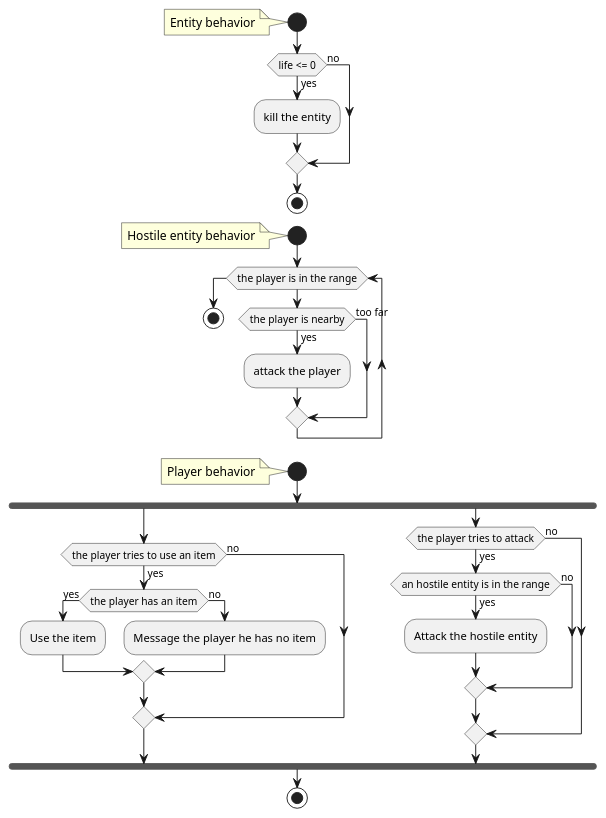
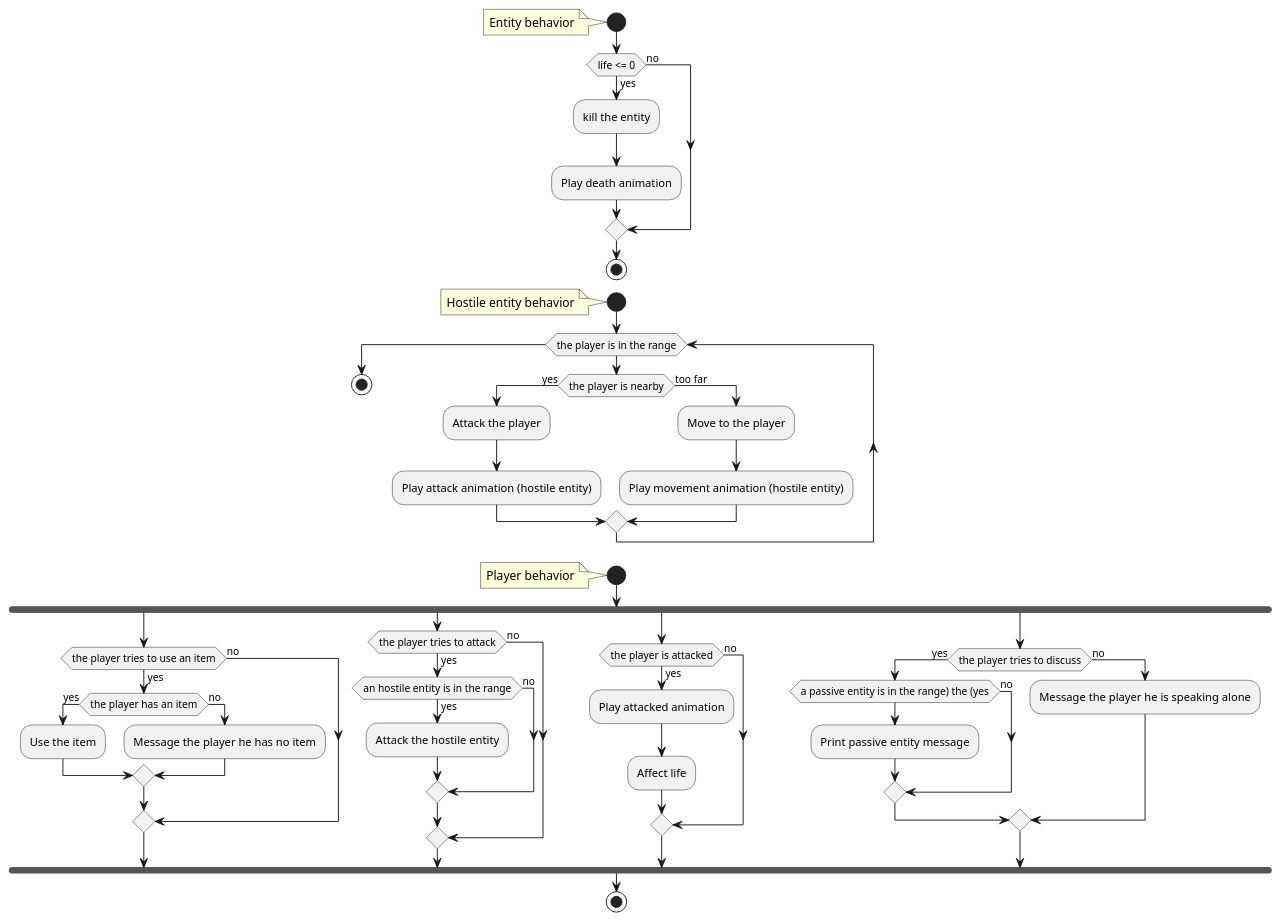
One commit to imagarchive/4MMACOL changed the diagram in docs/uml/activities.d/activities.puml. Above: the diagram before and after it, drawn with PlantUML.

Commit message:
complete activity diagram

```diff
--- a/docs/uml/activities.d/activities.puml
+++ b/docs/uml/activities.d/activities.puml
@@ -1,60 +1,79 @@
 @startuml
 
 skinparam linetype ortho
 
 start
 
 note
 	Entity behavior
 end note
 
 if (life <= 0) then (yes)
 	:kill the entity;
+	:Play death animation;
 else (no)
 end if
 
 stop
 
 start
 
 note
 	Hostile entity behavior
 end note
 
 while (the player is in the range)
 	if (the player is nearby) then (yes)
-		:attack the player;
+		:Attack the player;
+		:Play attack animation (hostile entity);
 	else (too far)
+		:Move to the player;
+		:Play movement animation (hostile entity);
 	end if
 end while
 
 stop
 
 start
 
 note
 	Player behavior
 end note
 
 fork
 	if (the player tries to use an item) then (yes)
 		if (the player has an item) then (yes)
 			:Use the item;
 		else (no)
 			:Message the player he has no item;
 		end if
 	else (no)
 	end if
 fork again
 	if (the player tries to attack) then (yes)
 		if (an hostile entity is in the range) then (yes)
 			:Attack the hostile entity;
 		else (no)
 		end if
 	else (no)
 	end if
+fork again
+	if (the player is attacked) then (yes)
+		:Play attacked animation;
+		:Affect life;
+	else (no)
+	end if
+fork again
+	if (the player tries to discuss) then (yes)
+		if (a passive entity is in the range) the (yes)
+			:Print passive entity message;
+		else (no)
+		end if
+	else (no)
+		:Message the player he is speaking alone;
+	endif;
 end fork
 
 stop
 
 @enduml
```
